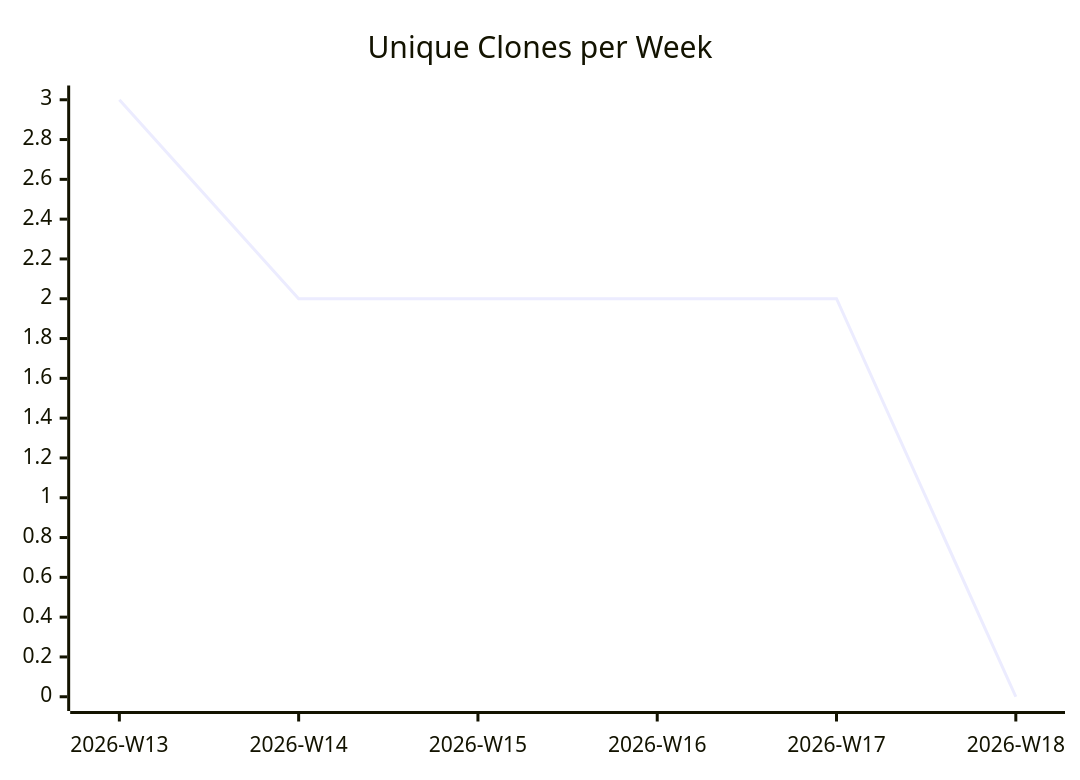
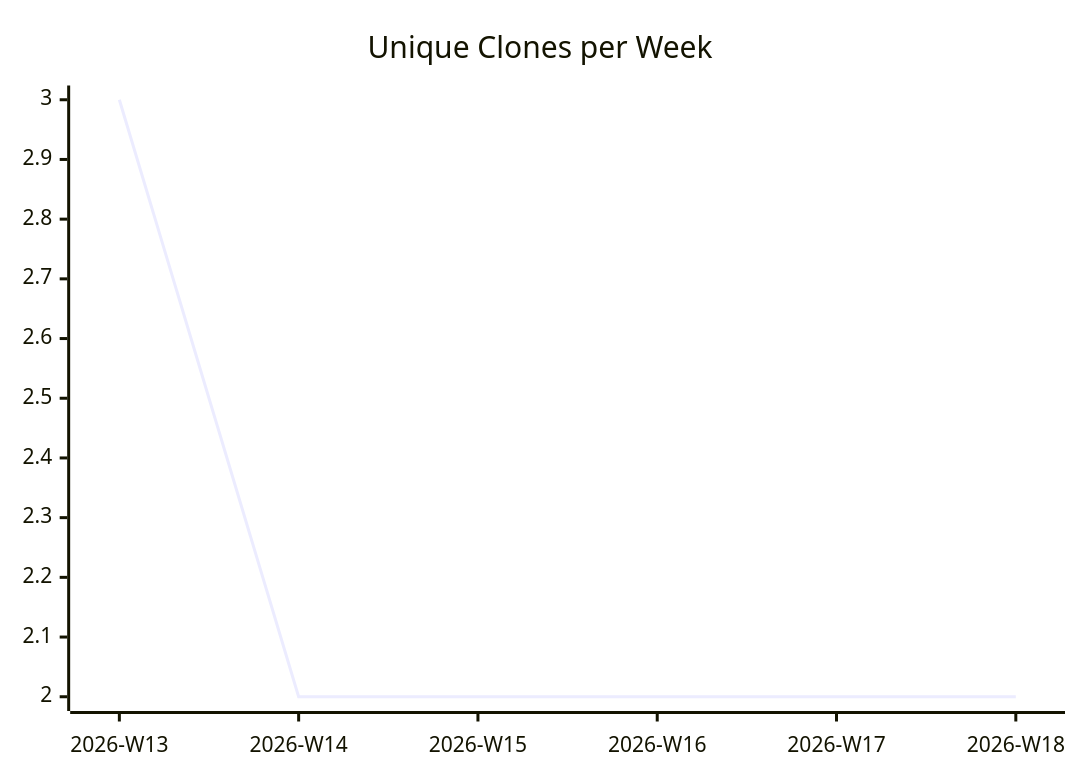
The third of 3 diagrams in karlmdavis/can-i-kayak-baltimore/README.md (justdavis-family/github-analytics-data), drawn with Mermaid before and after one commit. The commit also changed other lines of this file and 185 other files, not shown here.

````diff
--- a/karlmdavis/can-i-kayak-baltimore/README.md
+++ b/karlmdavis/can-i-kayak-baltimore/README.md
@@ -19,6 +19,6 @@
 ```mermaid
 xychart-beta
   title "Unique Clones per Week"
   x-axis ["2026-W13", "2026-W14", "2026-W15", "2026-W16", "2026-W17", "2026-W18"]
-  line [3, 2, 2, 2, 2, 0]
+  line [3, 2, 2, 2, 2, 2]
 ```
````
